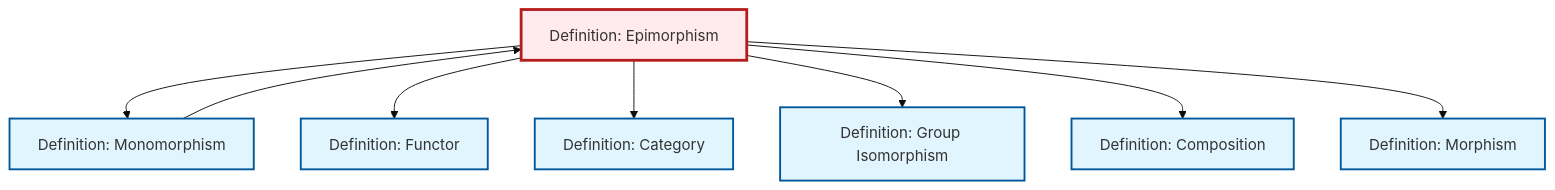
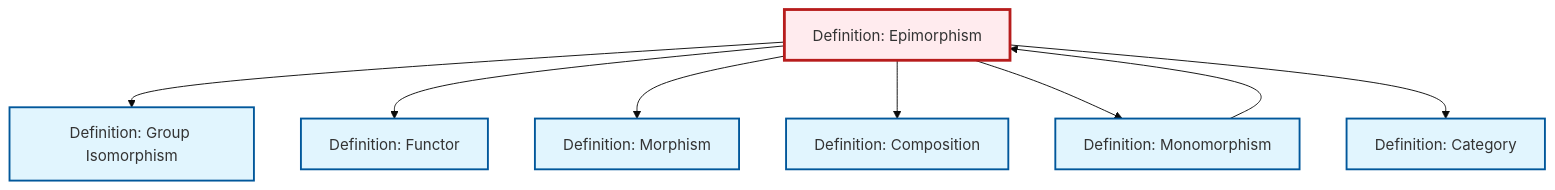
One commit to RK0429/ModernMath changed the diagram in output/mermaid/def-epimorphism.mermaid. Above: the diagram before and after it, drawn with Mermaid (base theme). The commit also changed other lines of this file and 3633 other files, not shown here.

```diff
--- a/output/mermaid/def-epimorphism.mermaid
+++ b/output/mermaid/def-epimorphism.mermaid
@@ -1,22 +1,22 @@
 %%| fig-cap: "Local dependency graph"
 graph TD
     classDef definition fill:#e1f5fe,stroke:#01579b,stroke-width:2px
     classDef theorem fill:#f3e5f5,stroke:#4a148c,stroke-width:2px
     classDef axiom fill:#fff3e0,stroke:#e65100,stroke-width:2px
     classDef example fill:#e8f5e9,stroke:#1b5e20,stroke-width:2px
     classDef current fill:#ffebee,stroke:#b71c1c,stroke-width:3px
+    def-isomorphism["Definition: Group Isomorphism"]:::definition
+    def-functor["Definition: Functor"]:::definition
     def-epimorphism["Definition: Epimorphism"]:::definition
     def-category["Definition: Category"]:::definition
+    def-morphism["Definition: Morphism"]:::definition
     def-composition["Definition: Composition"]:::definition
-    def-isomorphism["Definition: Group Isomorphism"]:::definition
-    def-morphism["Definition: Morphism"]:::definition
-    def-functor["Definition: Functor"]:::definition
     def-monomorphism["Definition: Monomorphism"]:::definition
+    def-epimorphism --> def-isomorphism
+    def-epimorphism --> def-functor
+    def-epimorphism --> def-morphism
+    def-monomorphism --> def-epimorphism
+    def-epimorphism --> def-composition
     def-epimorphism --> def-monomorphism
-    def-epimorphism --> def-functor
     def-epimorphism --> def-category
-    def-monomorphism --> def-epimorphism
-    def-epimorphism --> def-isomorphism
-    def-epimorphism --> def-composition
-    def-epimorphism --> def-morphism
     class def-epimorphism current
```
